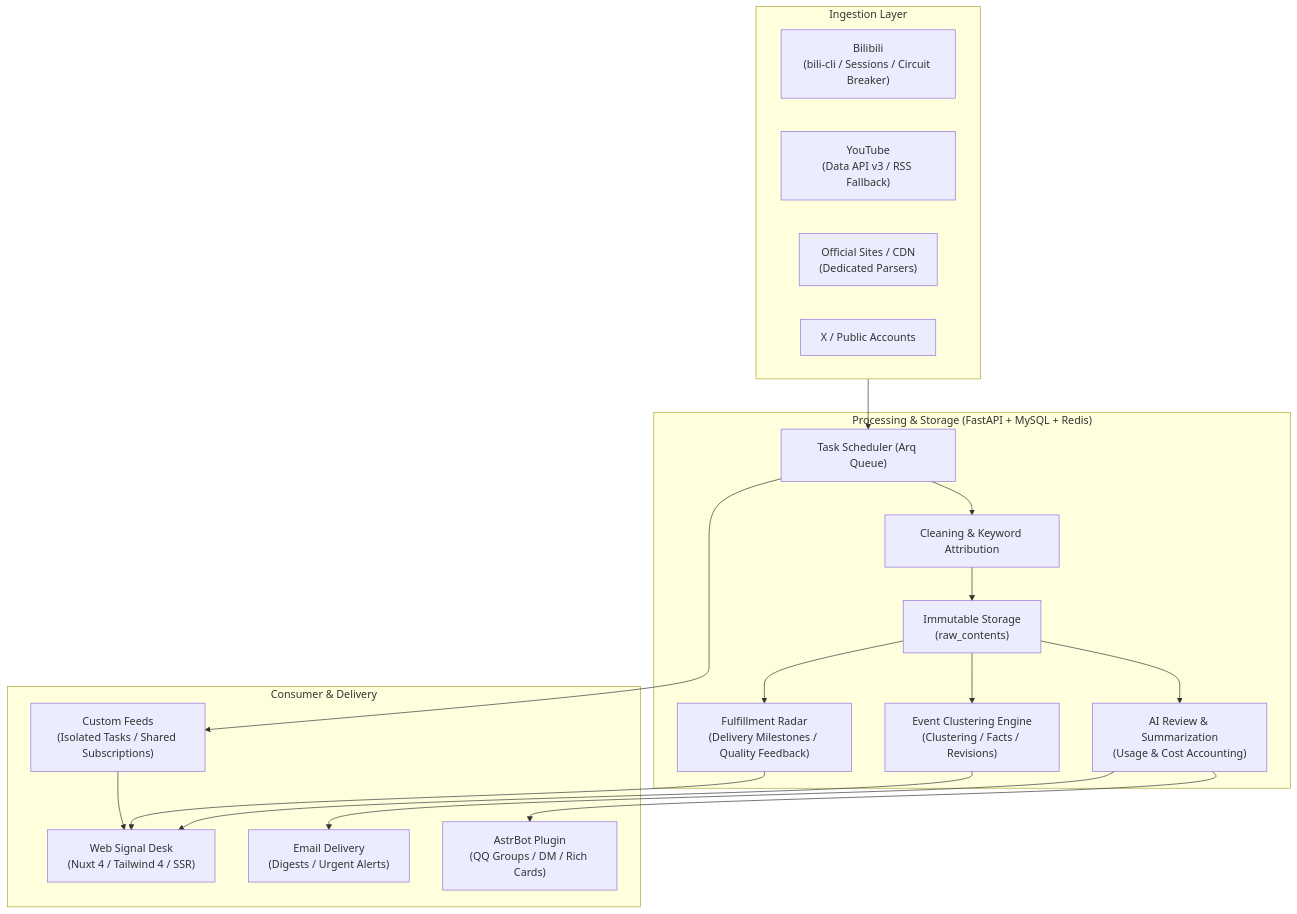
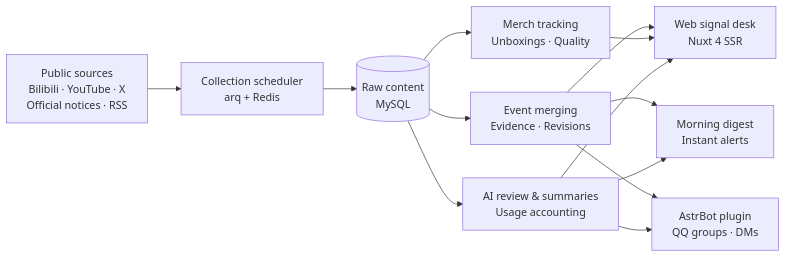
Before and after one commit to tianyin231/AniSignal: the diagram in README.en.md, drawn with Mermaid. The commit also changed other lines of this file and 8 other files, not shown here.

First line of the commit message:
docs(readme): 用真实界面截图重做 GitHub 首页

````diff
--- a/README.en.md
+++ b/README.en.md
@@ -56,36 +88,15 @@
 ```mermaid
-flowchart TD
-    subgraph Sourcing ["Ingestion Layer"]
-        A1["Bilibili<br/>(bili-cli / Sessions / Circuit Breaker)"]
-        A2["YouTube<br/>(Data API v3 / RSS Fallback)"]
-        A3["Official Sites / CDN<br/>(Dedicated Parsers)"]
-        A4["X / Public Accounts"]
-    end
-
-    subgraph Core ["Processing & Storage (FastAPI + MySQL + Redis)"]
-        B1["Task Scheduler (Arq Queue)"]
-        B2["Cleaning & Keyword Attribution"]
-        B3["Immutable Storage<br/>(raw_contents)"]
-        B4["Event Clustering Engine<br/>(Clustering / Facts / Revisions)"]
-        B5["Fulfillment Radar<br/>(Delivery Milestones / Quality Feedback)"]
-        B6["AI Review & Summarization<br/>(Usage & Cost Accounting)"]
-    end
-
-    subgraph Delivery ["Consumer & Delivery"]
-        C1["Web Signal Desk<br/>(Nuxt 4 / Tailwind 4 / SSR)"]
-        C2["Email Delivery<br/>(Digests / Urgent Alerts)"]
-        C3["AstrBot Plugin<br/>(QQ Groups / DM / Rich Cards)"]
-        C4["Custom Feeds<br/>(Isolated Tasks / Shared Subscriptions)"]
-    end
-
-    Sourcing --> B1
-    B1 --> B2 --> B3
-    B3 --> B4
-    B3 --> B5
-    B3 --> B6
-    B4 --> C1
-    B5 --> C1
-    B6 --> C2
-    B6 --> C3
-    B1 --> C4 --> C1
+flowchart LR
+    S["Public sources<br/>Bilibili · YouTube · X<br/>Official notices · RSS"] --> Q["Collection scheduler<br/>arq + Redis"]
+    Q --> R[("Raw content<br/>MySQL")]
+    R --> E["Event merging<br/>Evidence · Revisions"]
+    R --> P["Merch tracking<br/>Unboxings · Quality"]
+    R --> A["AI review & summaries<br/>Usage accounting"]
+    E --> W["Web signal desk<br/>Nuxt 4 SSR"]
+    P --> W
+    A --> W
+    E --> M["Morning digest<br/>Instant alerts"]
+    A --> M
+    E --> B["AstrBot plugin<br/>QQ groups · DMs"]
+    A --> B
 ```
````
